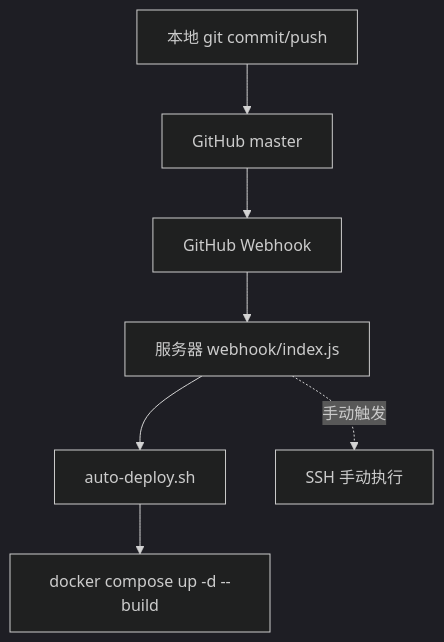
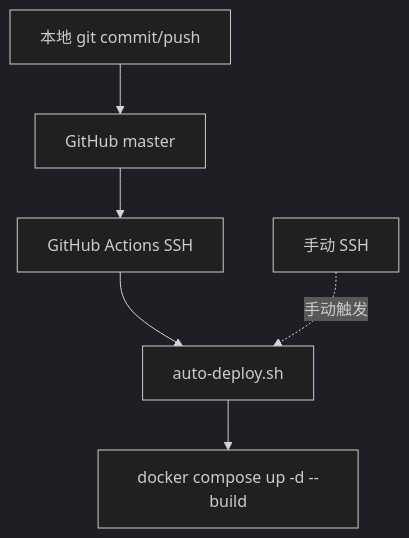
One commit to pixian5/mediapeople changed the fourth of 4 diagrams in 说明/03-文件结构.md. Above: the diagram before and after it, drawn with Mermaid (dark theme). The commit also changed other lines of this file and 7 other files, not shown here.

````diff
--- a/说明/03-文件结构.md
+++ b/说明/03-文件结构.md
@@ -675,10 +592,9 @@
 ```mermaid
 graph TD
     Local[本地 git commit/push] --> Git[GitHub master]
-    Git --> Webhook[GitHub Webhook]
-    Webhook --> Server[服务器 webhook/index.js]
-    Server --> AutoDeploy[auto-deploy.sh]
+    Git --> Actions[GitHub Actions SSH]
+    Actions --> AutoDeploy[auto-deploy.sh]
     AutoDeploy --> DockerCompose[docker compose up -d --build]
     
-    Server -.手动触发.-> SSH[SSH 手动执行]
+    Manual[手动 SSH] -.手动触发.-> AutoDeploy
 ```
````
